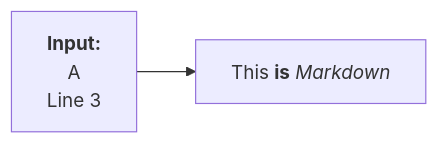
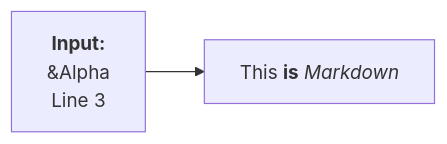
Before and after one commit to bmw-ece-ntust/wilfrid-prach-attack-analysis: the third of 3 diagrams in docs/20250307 Thesis (PRACH Attack Problem Definition).md, drawn with Mermaid.

Commit message:
Update 20250307 Thesis (PRACH Attack Problem Definition).md

````diff
--- a/docs/20250307 Thesis (PRACH Attack Problem Definition).md
+++ b/docs/20250307 Thesis (PRACH Attack Problem Definition).md
@@ -185,8 +185,8 @@
 ```mermaid
 flowchart LR
     markdown["`This **is** _Markdown_`"]
     input["`**Input:**
-    &#913
+    &Alpha
     Line 3`"]
     input --> markdown
 ```
````
